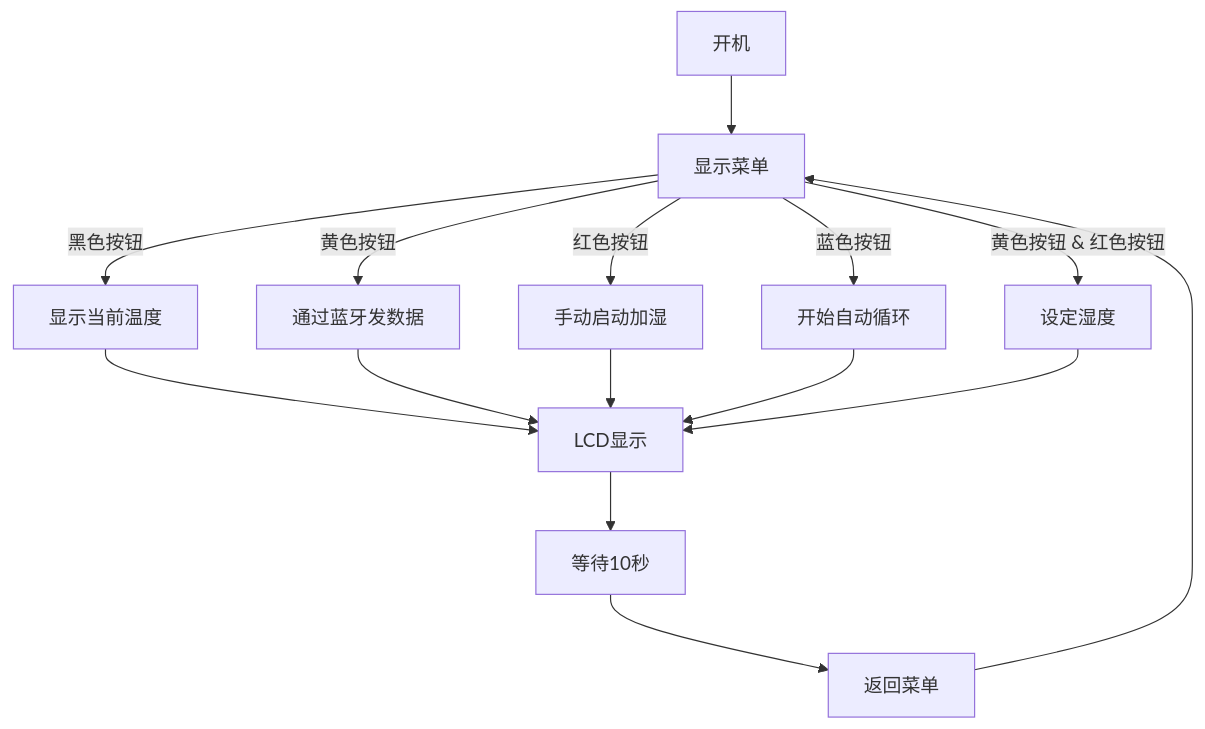
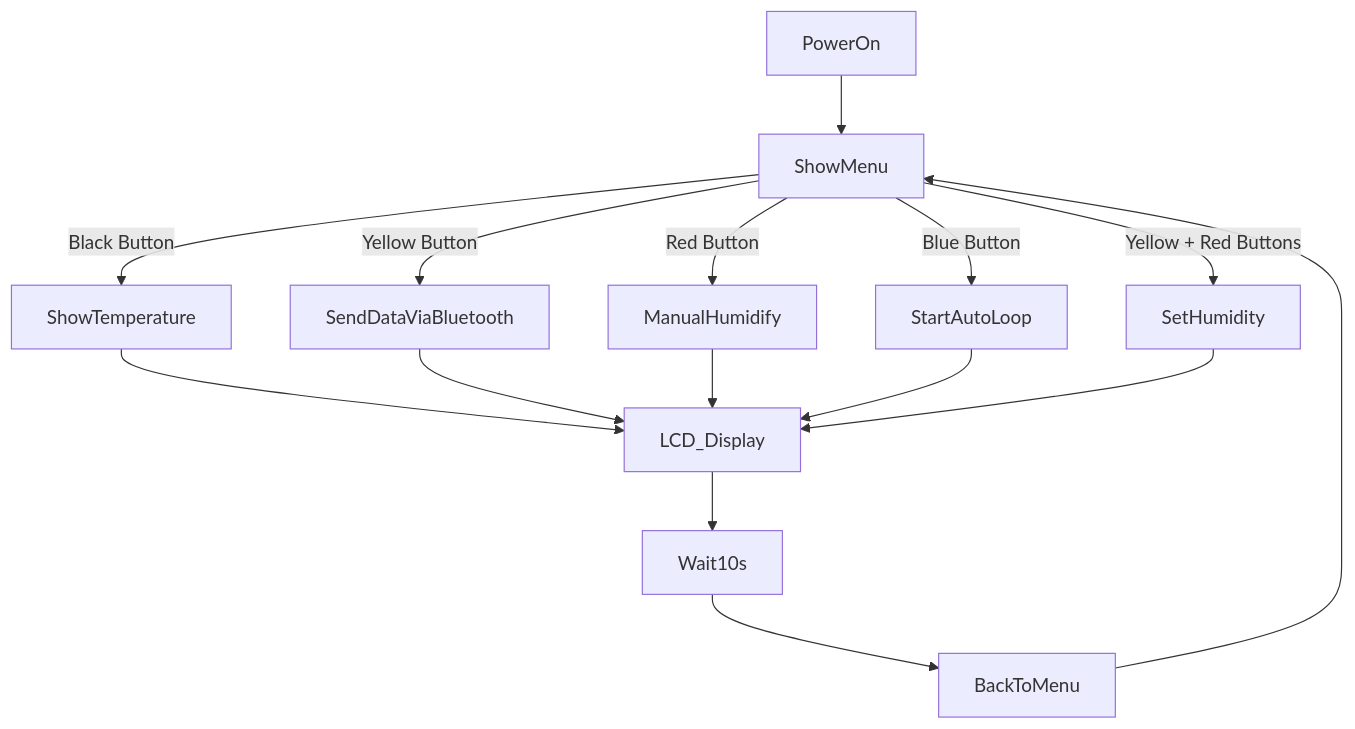
Before and after one commit to HappyArmor/Fountain-Gate-LED: the second of 2 diagrams in docs/Project_Overview.md, drawn with Mermaid. The commit also changed other lines of this file and 1 other file, not shown here.

````diff
--- a/docs/Project_Overview.md
+++ b/docs/Project_Overview.md
@@ -106,17 +114,16 @@
 ```mermaid
    graph TD
-      开机 --> 显示菜单
-      显示菜单 --> |黑色按钮| 显示当前温度
-      显示当前温度 --> LCD显示
-      显示菜单 --> |黄色按钮| 通过蓝牙发数据
-      通过蓝牙发数据 --> LCD显示
-      显示菜单 --> |红色按钮| 手动启动加湿
-      手动启动加湿 --> LCD显示
-      显示菜单 --> |蓝色按钮| 开始自动循环
-      开始自动循环 --> LCD显示
-      显示菜单 --> |黄色按钮 & 红色按钮| 设定湿度
-      设定湿度 --> LCD显示
-      LCD显示 --> 等待10秒 --> 返回菜单
-      返回菜单 --> 显示菜单
-
+      PowerOn --> ShowMenu
+      ShowMenu --> |Black Button| ShowTemperature
+      ShowTemperature --> LCD_Display
+      ShowMenu --> |Yellow Button| SendDataViaBluetooth
+      SendDataViaBluetooth --> LCD_Display
+      ShowMenu --> |Red Button| ManualHumidify
+      ManualHumidify --> LCD_Display
+      ShowMenu --> |Blue Button| StartAutoLoop
+      StartAutoLoop --> LCD_Display
+      ShowMenu --> |Yellow + Red Buttons| SetHumidity
+      SetHumidity --> LCD_Display
+      LCD_Display --> Wait10s --> BackToMenu
+      BackToMenu --> ShowMenu
 ```
````
